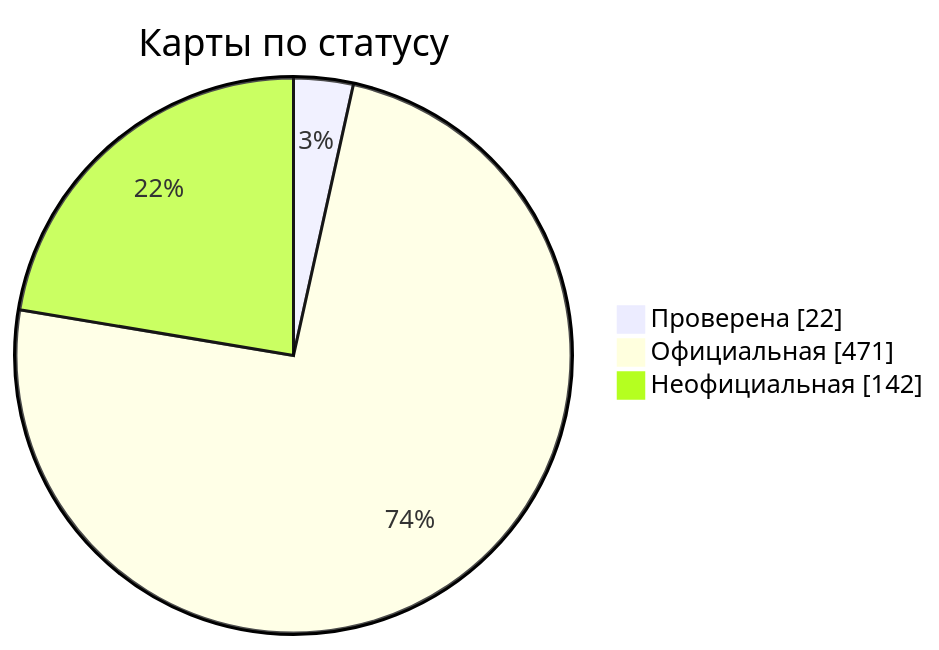
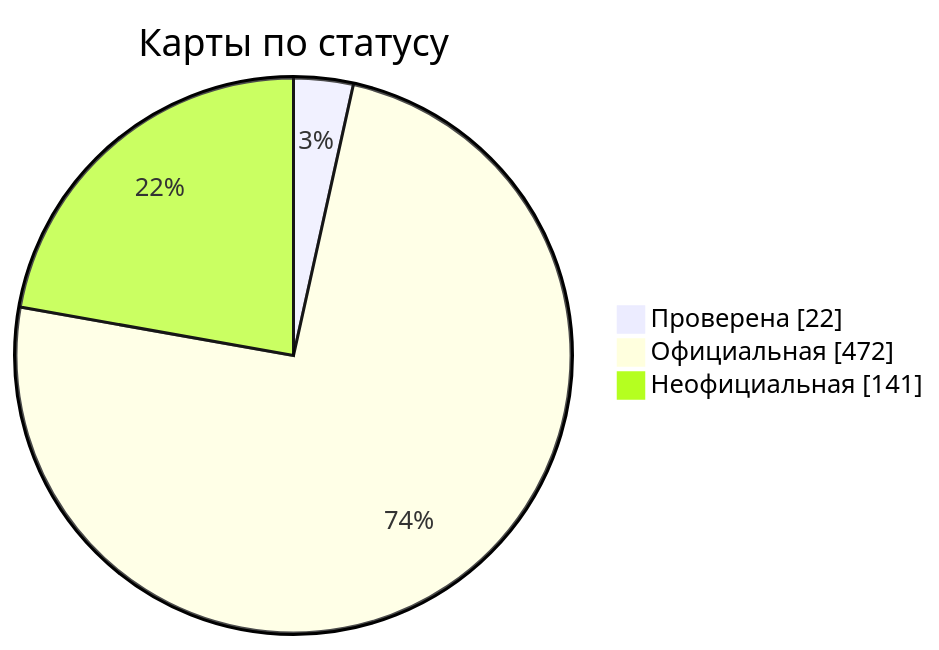
One commit to nobrega8/mbmap-library changed the diagram in docs/readme/README_RU.md. Above: the diagram before and after it, drawn with Mermaid. The commit also changed 6 other files, not shown here.

````diff
--- a/docs/readme/README_RU.md
+++ b/docs/readme/README_RU.md
@@ -54,7 +54,7 @@
 ```mermaid
 pie showData
     title Карты по статусу
     "Проверена" : 22
-    "Официальная" : 471
-    "Неофициальная" : 142
+    "Официальная" : 472
+    "Неофициальная" : 141
 ```
````
